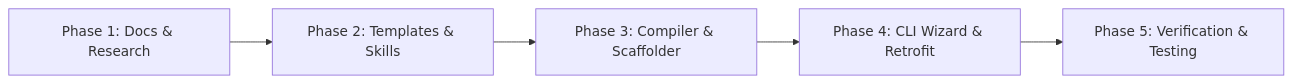
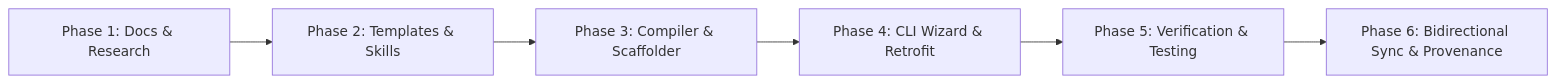
The diagram in docs/05-roadmap-and-implementation.md (InnerPeace080/ai-assist-bootstrap), drawn with Mermaid before and after one commit. The commit also changed other lines of this file and 4 other files, not shown here.

````diff
--- a/docs/05-roadmap-and-implementation.md
+++ b/docs/05-roadmap-and-implementation.md
@@ -84,10 +88,11 @@
 ```mermaid
 flowchart LR
     P1["Phase 1: Docs & Research"]
     P2["Phase 2: Templates & Skills"]
     P3["Phase 3: Compiler & Scaffolder"]
     P4["Phase 4: CLI Wizard & Retrofit"]
     P5["Phase 5: Verification & Testing"]
+    P6["Phase 6: Bidirectional Sync & Provenance"]
 
-    P1 --> P2 --> P3 --> P4 --> P5
+    P1 --> P2 --> P3 --> P4 --> P5 --> P6
 ```
````
